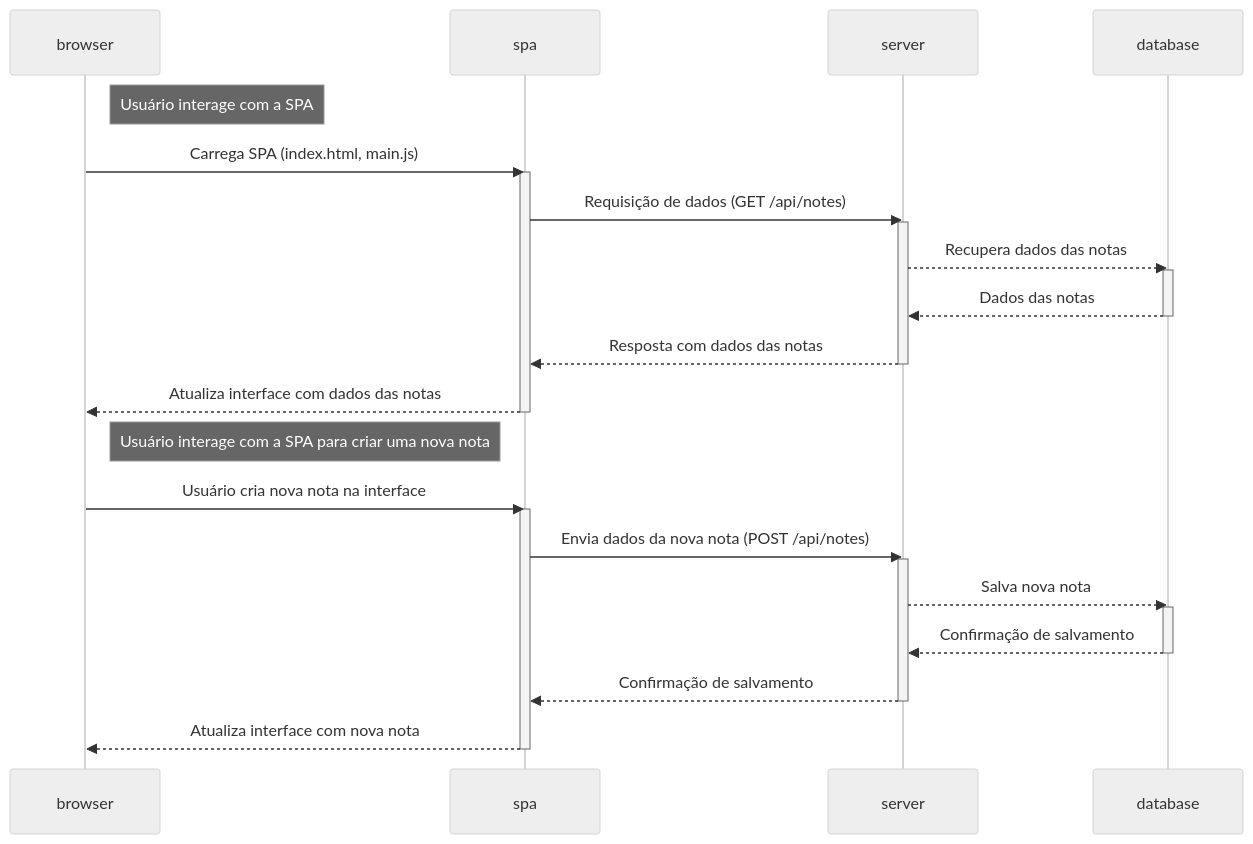
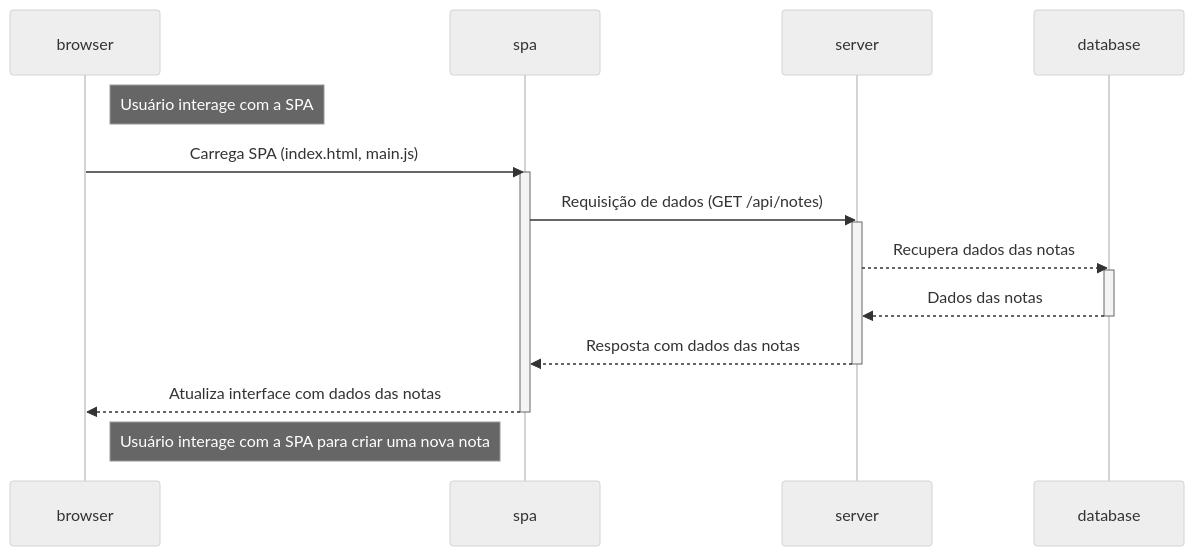
One commit to cesajr/teste-mermaid changed the fourth of 4 diagrams in README.md. Above: the diagram before and after it, drawn with Mermaid (neutral theme).

````diff
--- a/README.md
+++ b/README.md
@@ -63,37 +63,24 @@
 ```mermaid
 sequenceDiagram
     participant browser
     participant spa
     participant server
     participant database
 
     Note right of browser: Usuário interage com a SPA
 
     browser->>spa: Carrega SPA (index.html, main.js)
     activate spa
     spa->>server: Requisição de dados (GET /api/notes)
     activate server
     server-->>database: Recupera dados das notas
     activate database
     database-->>server: Dados das notas
     deactivate database
     server-->>spa: Resposta com dados das notas
     deactivate server
     spa-->>browser: Atualiza interface com dados das notas
     deactivate spa
 
     Note right of browser: Usuário interage com a SPA para criar uma nova nota
-
-    browser->>spa: Usuário cria nova nota na interface
-    activate spa
-    spa->>server: Envia dados da nova nota (POST /api/notes)
-    activate server
-    server-->>database: Salva nova nota
-    activate database
-    database-->>server: Confirmação de salvamento
-    deactivate database
-    server-->>spa: Confirmação de salvamento
-    deactivate server
-    spa-->>browser: Atualiza interface com nova nota
-    deactivate spa
 ```
````
